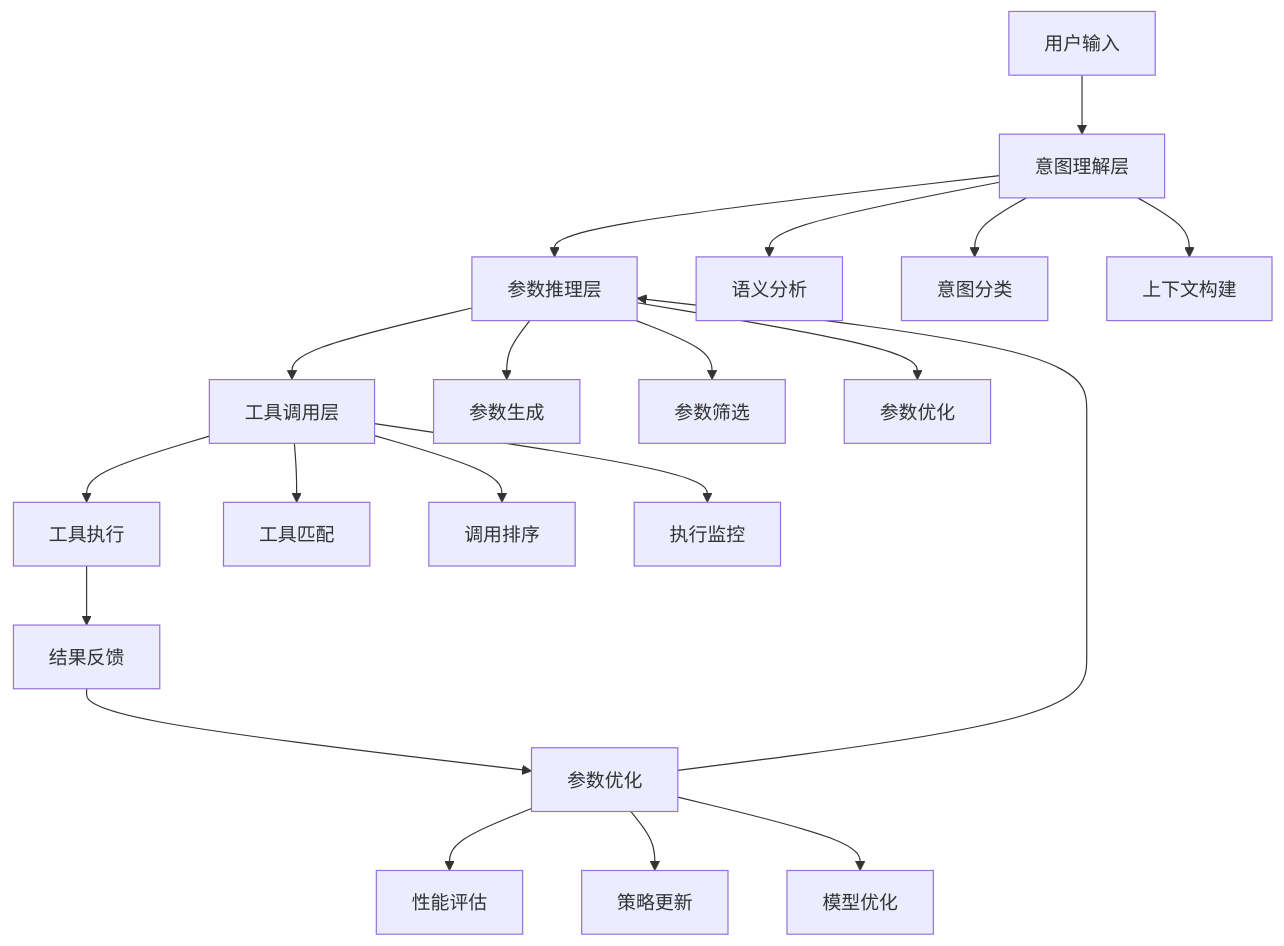
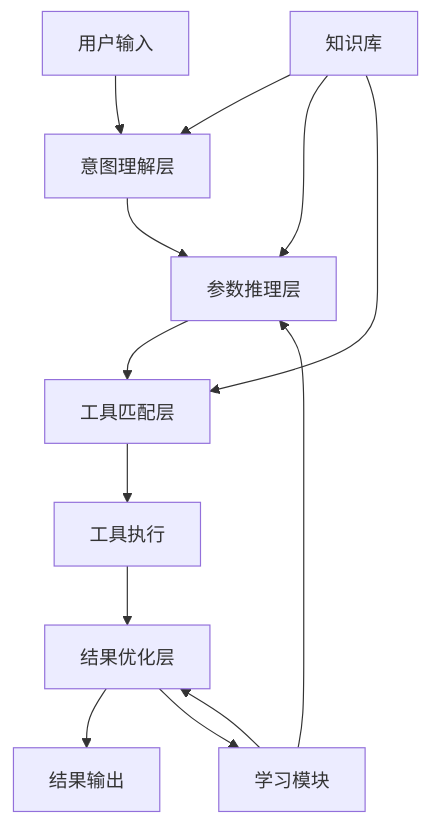
Before and after one commit to valkryhx/patent_agents: the diagram in output/progress/基于智能分层推理的多参数工具自适应调用系统_611f6779/03_summary.md, drawn with Mermaid. The commit also changed other lines of this file and 4 other files, not shown here.

````diff
--- a/output/progress/基于智能分层推理的多参数工具自适应调用系统_611f6779/03_summary.md
+++ b/output/progress/基于智能分层推理的多参数工具自适应调用系统_611f6779/03_summary.md
@@ -35,26 +49,18 @@
 ```mermaid
 graph TD
     A[用户输入] --> B[意图理解层]
     B --> C[参数推理层]
-    C --> D[工具调用层]
+    C --> D[工具匹配层]
     D --> E[工具执行]
-    E --> F[结果反馈]
-    F --> G[参数优化]
-    G --> C
+    E --> F[结果优化层]
+    F --> G[结果输出]
     
-    B --> B1[语义分析]
-    B --> B2[意图分类]
-    B --> B3[上下文构建]
+    H[知识库] --> B
+    H --> C
+    H --> D
     
-    C --> C1[参数生成]
-    C --> C2[参数筛选]
-    C --> C3[参数优化]
+    I[学习模块] --> C
+    I --> F
     
-    D --> D1[工具匹配]
-    D --> D2[调用排序]
-    D --> D3[执行监控]
-    
-    G --> G1[性能评估]
-    G --> G2[策略更新]
-    G --> G3[模型优化]
+    F --> I
 ```
````
